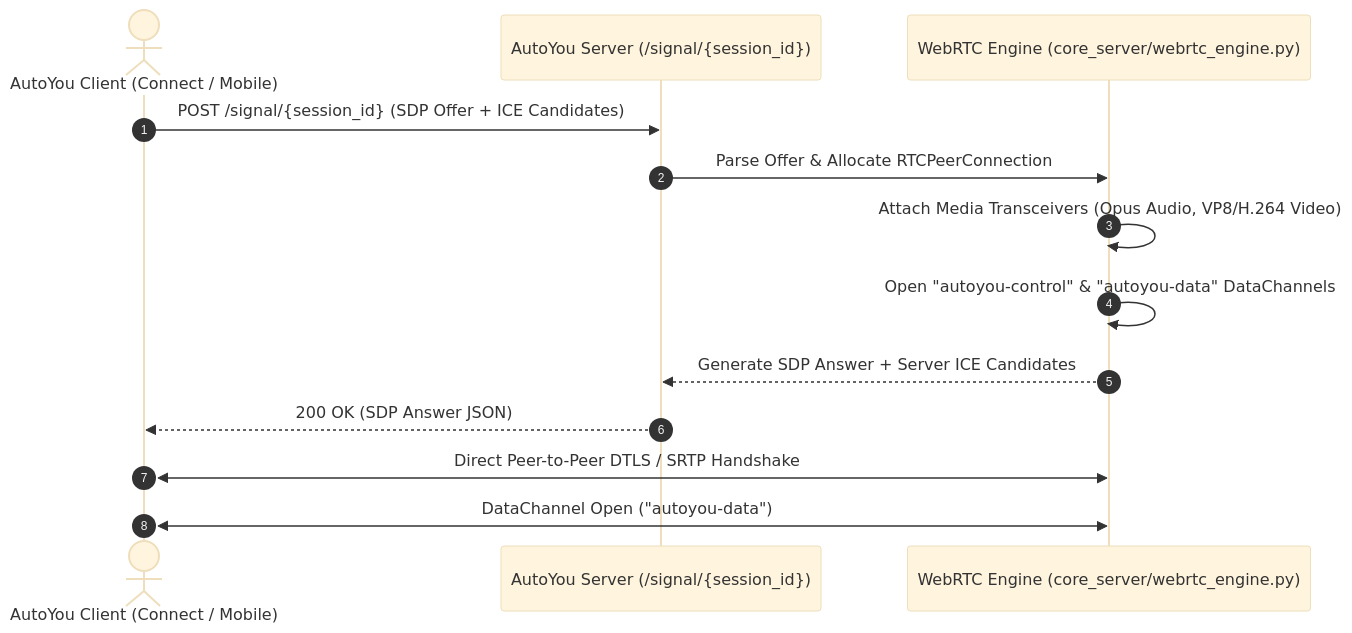
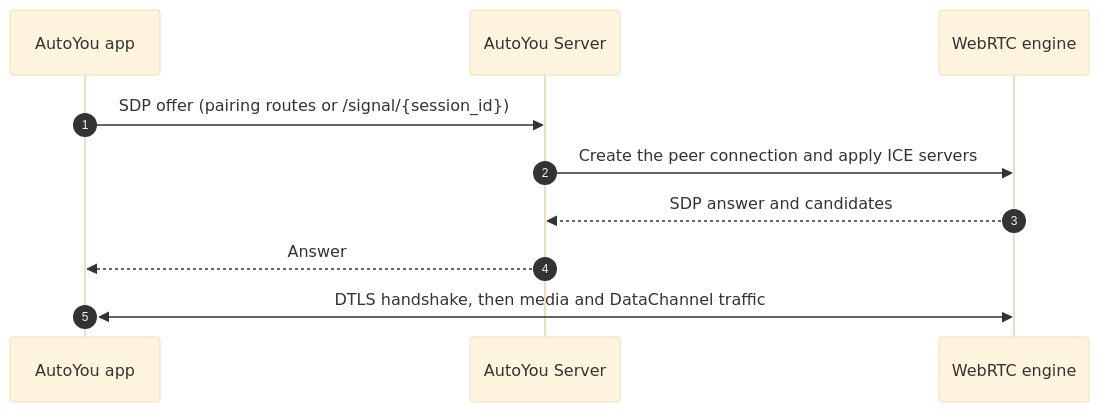
One commit to autoyou-ai/AutoYou-Server changed the diagram in docs/architecture/webrtc-and-datachannels.mdx. Above: the diagram before and after it, drawn with Mermaid (base theme). The commit also changed other lines of this file and 64 other files, not shown here.

````diff
--- a/docs/architecture/webrtc-and-datachannels.mdx
+++ b/docs/architecture/webrtc-and-datachannels.mdx
@@ -16,16 +18,13 @@
 ```mermaid
 sequenceDiagram
     autonumber
-    actor Client as AutoYou Client (Connect / Mobile)
-    participant Server as AutoYou Server (/signal/{session_id})
-    participant Engine as WebRTC Engine (core_server/webrtc_engine.py)
+    participant Client as AutoYou app
+    participant Server as AutoYou Server
+    participant Engine as WebRTC engine
 
-    Client->>Server: POST /signal/{session_id} (SDP Offer + ICE Candidates)
-    Server->>Engine: Parse Offer & Allocate RTCPeerConnection
-    Engine->>Engine: Attach Media Transceivers (Opus Audio, VP8/H.264 Video)
-    Engine->>Engine: Open "autoyou-control" & "autoyou-data" DataChannels
-    Engine-->>Server: Generate SDP Answer + Server ICE Candidates
-    Server-->>Client: 200 OK (SDP Answer JSON)
-    Client<<->>Engine: Direct Peer-to-Peer DTLS / SRTP Handshake
-    Client<<->>Engine: DataChannel Open ("autoyou-data")
+    Client->>Server: SDP offer (pairing routes or /signal/{session_id})
+    Server->>Engine: Create the peer connection and apply ICE servers
+    Engine-->>Server: SDP answer and candidates
+    Server-->>Client: Answer
+    Client<<->>Engine: DTLS handshake, then media and DataChannel traffic
 ```
````
